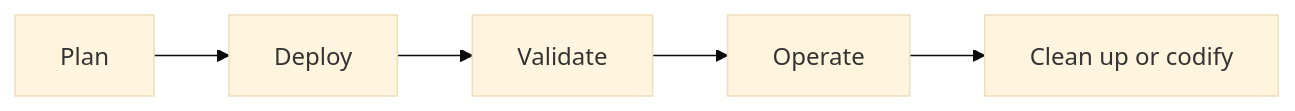
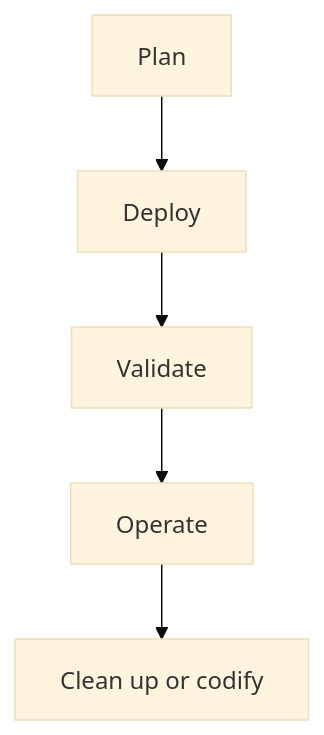
One commit to yeongseon/azure-virtual-machine-practical-guide changed the diagram in docs/tutorials/index.md. Above: the diagram before and after it, drawn with Mermaid (base theme). The commit also changed 16 other files, not shown here.

First line of the commit message:
docs: convert LR diagrams to TD for readability and add orientation rule

````diff
--- a/docs/tutorials/index.md
+++ b/docs/tutorials/index.md
@@ -25,7 +25,7 @@
 ```mermaid
-flowchart LR
+flowchart TD
     A[Plan] --> B[Deploy]
     B --> C[Validate]
     C --> D[Operate]
     D --> E[Clean up or codify]
 ```
````
